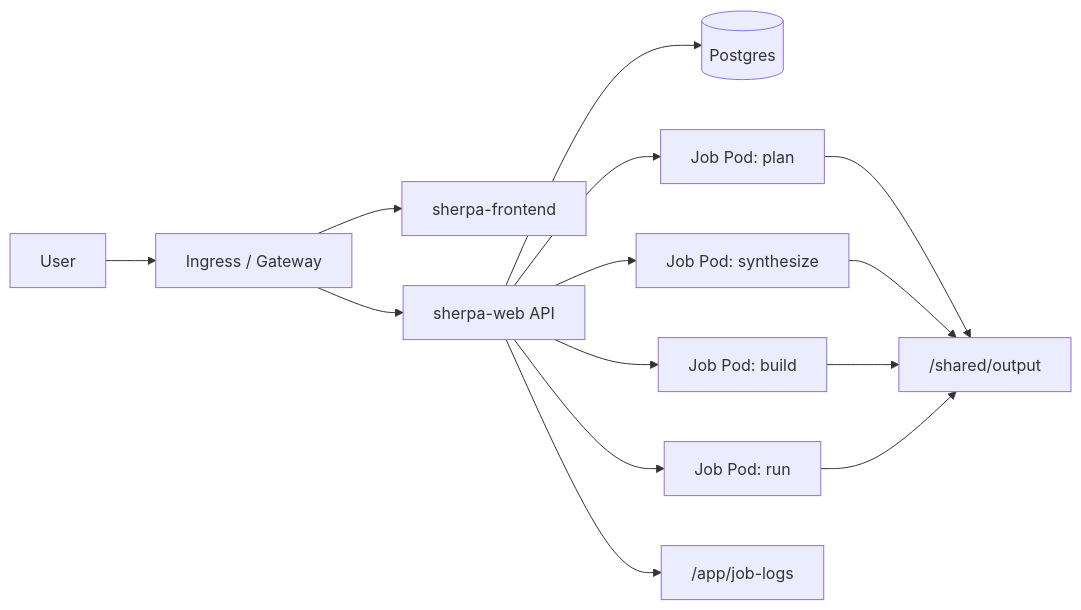
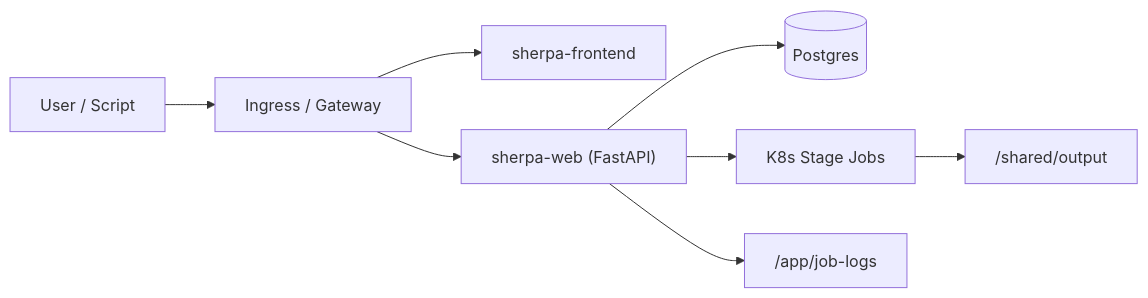
Before and after one commit to ZUENS2020/Sherpa: the first of 5 diagrams in README.md, drawn with Mermaid. The commit also changed other lines of this file, not shown here.

Commit message:
Expand docs details and diagrams

````diff
--- a/README.md
+++ b/README.md
@@ -28,16 +26,10 @@
 ```mermaid
 flowchart LR
-  U["User"] --> IN["Ingress / Gateway"]
+  U["User / Script"] --> IN["Ingress / Gateway"]
   IN --> FE["sherpa-frontend"]
-  IN --> API["sherpa-web API"]
+  IN --> API["sherpa-web (FastAPI)"]
   API --> DB[("Postgres")]
-  API --> S1["Job Pod: plan"]
-  API --> S2["Job Pod: synthesize"]
-  API --> S3["Job Pod: build"]
-  API --> S4["Job Pod: run"]
-  S1 --> OUT["/shared/output"]
-  S2 --> OUT
-  S3 --> OUT
-  S4 --> OUT
-  API --> LOG["/app/job-logs"]
+  API --> JOBS["K8s Stage Jobs"]
+  JOBS --> SHARED["/shared/output"]
+  API --> LOGS["/app/job-logs"]
 ```
````
